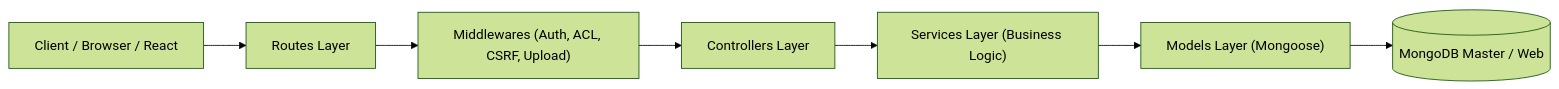
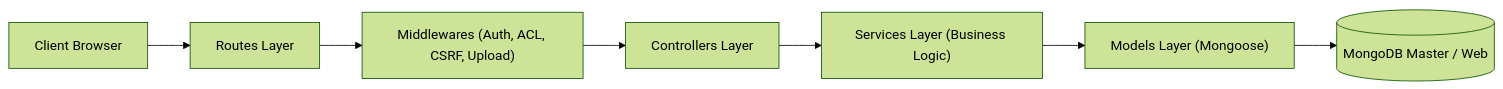
Before and after one commit to mittomao/Admin-CMS: the diagram in docs/rules/03-conventions.md, drawn with Mermaid (forest theme). The commit also changed 88 other files, not shown here.

````diff
--- a/docs/rules/03-conventions.md
+++ b/docs/rules/03-conventions.md
@@ -47,9 +47,9 @@
 ```mermaid
 flowchart LR
-    Client["Client / Browser / React"] --> Routes["Routes Layer"]
+    Client["Client Browser"] --> Routes["Routes Layer"]
     Routes --> Middlewares["Middlewares (Auth, ACL, CSRF, Upload)"]
     Middlewares --> Controllers["Controllers Layer"]
     Controllers --> Services["Services Layer (Business Logic)"]
     Services --> Models["Models Layer (Mongoose)"]
     Models --> DB[("MongoDB Master / Web")]
 ```
````
